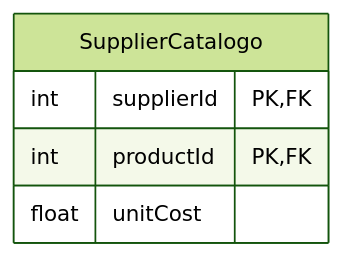
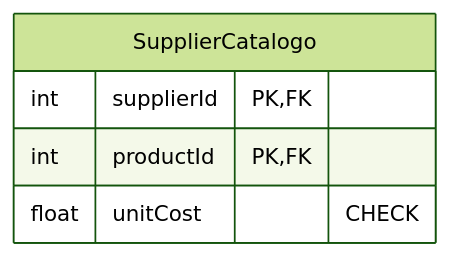
Diagram 26 of 29 in 4to-Cuatrimestre/fundamentos-base-datos/proyecto/proyecto.md (rosendocamal/homeworks), drawn with Mermaid (forest theme) before and after one commit. The commit also changed other lines of this file, not shown here.

````diff
--- a/4to-Cuatrimestre/fundamentos-base-datos/proyecto/proyecto.md
+++ b/4to-Cuatrimestre/fundamentos-base-datos/proyecto/proyecto.md
@@ -507,8 +476,8 @@
 ```mermaid
 erDiagram
 	SupplierCatalogo {
 		int supplierId PK,FK
 		int productId PK,FK
-		float unitCost
+		float unitCost "CHECK"
 	}
 ```
````
